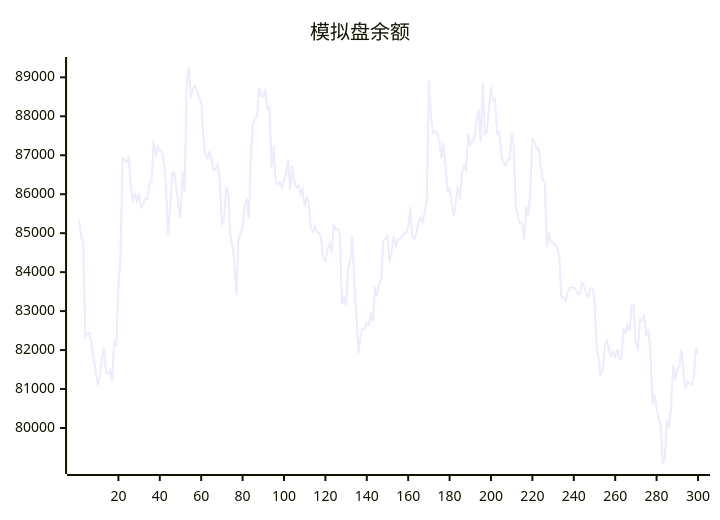
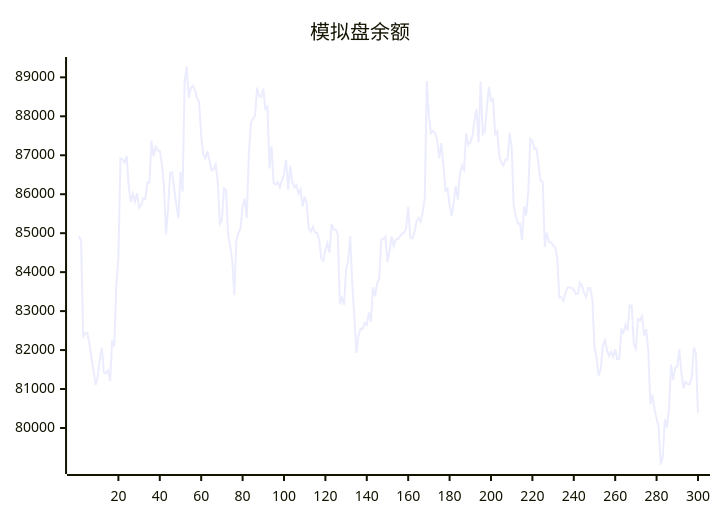
One commit to aahl/ai-trading changed the diagram in README.md. Above: the diagram before and after it, drawn with Mermaid. The commit also changed other lines of this file and 1 other file, not shown here.

````diff
--- a/README.md
+++ b/README.md
@@ -5,5 +5,5 @@
 ```mermaid
 xychart
     title "模拟盘余额"
-    line [85348,84930,84786,82355,82433,82438,82167,81795,81466,81105,81315,81756,82064,81426,81398,81481,81210,82242,82099,83658,84359,86925,86892,86814,86980,86203,85802,86003,85811,86028,85657,85721,85896,85880,86300,86299,87378,86965,87214,87115,87118,86780,86238,84966,85623,86555,86562,86129,85722,85387,86569,86070,88870,89278,88477,88720,88781,88668,88467,88372,87493,87018,86917,87102,86870,86613,86644,86758,86317,85242,85334,86149,86106,84968,84671,84302,83410,84816,85001,85127,85693,85891,85384,87001,87811,87945,88007,88734,88528,88495,88705,88189,88248,86662,87234,86279,86251,86314,86177,86364,86503,86886,86114,86731,86310,86176,86240,86017,86136,85685,85938,85749,85111,85044,85164,85016,85008,84824,84354,84287,84572,84745,84500,85234,85096,85095,84970,83180,83338,83157,84070,84309,84922,83667,82850,81924,82369,82552,82539,82695,82648,82962,82728,83619,83378,83710,83825,84819,84854,84917,84265,84527,84919,84668,84834,84850,84916,84981,85004,85131,85674,84891,84864,85019,85284,85393,85294,85538,85894,88904,88012,87567,87625,87568,87386,86920,87313,86737,86094,86143,85725,85437,85787,86219,85859,86526,86740,86630,87563,87264,87335,87483,87886,88180,87335,88894,87544,87608,88207,88755,88401,88444,87543,87608,87000,86810,86740,86894,86884,87576,87209,85686,85435,85251,85255,84820,85689,85453,86066,87420,87373,87161,87178,86740,86341,86315,84643,85012,84772,84768,84690,84635,84376,83360,83357,83259,83474,83608,83606,83602,83548,83440,83454,83724,83644,83464,83365,83590,83592,83275,82072,81806,81344,81492,82109,82254,82006,81848,81955,81829,82022,81769,81776,82522,82441,82656,82498,83144,83144,82150,82038,82797,82763,82872,82367,82536,81981,80612,80862,80484,80242,80034,79063,79245,80226,80016,80507,81625,81233,81544,81578,82016,81401,81019,81186,81130,81118,81306,82066,81909]
+    line [84930,84786,82355,82433,82438,82167,81795,81466,81105,81315,81756,82064,81426,81398,81481,81210,82242,82099,83658,84359,86925,86892,86814,86980,86203,85802,86003,85811,86028,85657,85721,85896,85880,86300,86299,87378,86965,87214,87115,87118,86780,86238,84966,85623,86555,86562,86129,85722,85387,86569,86070,88870,89278,88477,88720,88781,88668,88467,88372,87493,87018,86917,87102,86870,86613,86644,86758,86317,85242,85334,86149,86106,84968,84671,84302,83410,84816,85001,85127,85693,85891,85384,87001,87811,87945,88007,88734,88528,88495,88705,88189,88248,86662,87234,86279,86251,86314,86177,86364,86503,86886,86114,86731,86310,86176,86240,86017,86136,85685,85938,85749,85111,85044,85164,85016,85008,84824,84354,84287,84572,84745,84500,85234,85096,85095,84970,83180,83338,83157,84070,84309,84922,83667,82850,81924,82369,82552,82539,82695,82648,82962,82728,83619,83378,83710,83825,84819,84854,84917,84265,84527,84919,84668,84834,84850,84916,84981,85004,85131,85674,84891,84864,85019,85284,85393,85294,85538,85894,88904,88012,87567,87625,87568,87386,86920,87313,86737,86094,86143,85725,85437,85787,86219,85859,86526,86740,86630,87563,87264,87335,87483,87886,88180,87335,88894,87544,87608,88207,88755,88401,88444,87543,87608,87000,86810,86740,86894,86884,87576,87209,85686,85435,85251,85255,84820,85689,85453,86066,87420,87373,87161,87178,86740,86341,86315,84643,85012,84772,84768,84690,84635,84376,83360,83357,83259,83474,83608,83606,83602,83548,83440,83454,83724,83644,83464,83365,83590,83592,83275,82072,81806,81344,81492,82109,82254,82006,81848,81955,81829,82022,81769,81776,82522,82441,82656,82498,83144,83144,82150,82038,82797,82763,82872,82367,82536,81981,80612,80862,80484,80242,80034,79063,79245,80226,80016,80507,81625,81233,81544,81578,82016,81401,81019,81186,81130,81118,81306,82066,81909,80392]
 ```
````
